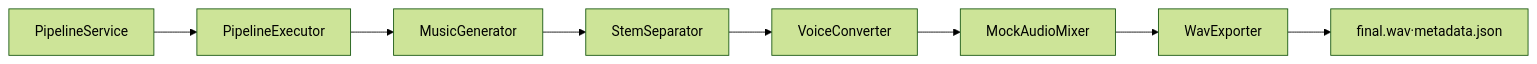
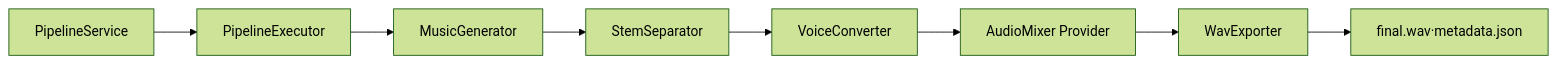
The second of 2 diagrams in docs/03-architecture/ai-pipeline.md (DohaStudio/DohaMusic), drawn with Mermaid (forest theme) before and after one commit. The commit also changed other lines of this file and 38 other files, not shown here.

Commit message:
feat: Audio Mixer 구축

````diff
--- a/docs/03-architecture/ai-pipeline.md
+++ b/docs/03-architecture/ai-pipeline.md
@@ -43,10 +43,10 @@
 ```mermaid
 flowchart LR
   P[PipelineService] --> X[PipelineExecutor]
   X --> G[MusicGenerator]
   G --> S[StemSeparator]
   S --> V[VoiceConverter]
-  V --> M[MockAudioMixer]
+  V --> M[AudioMixer Provider]
   M --> E[WavExporter]
   E --> R[final.wav·metadata.json]
 ```
````
